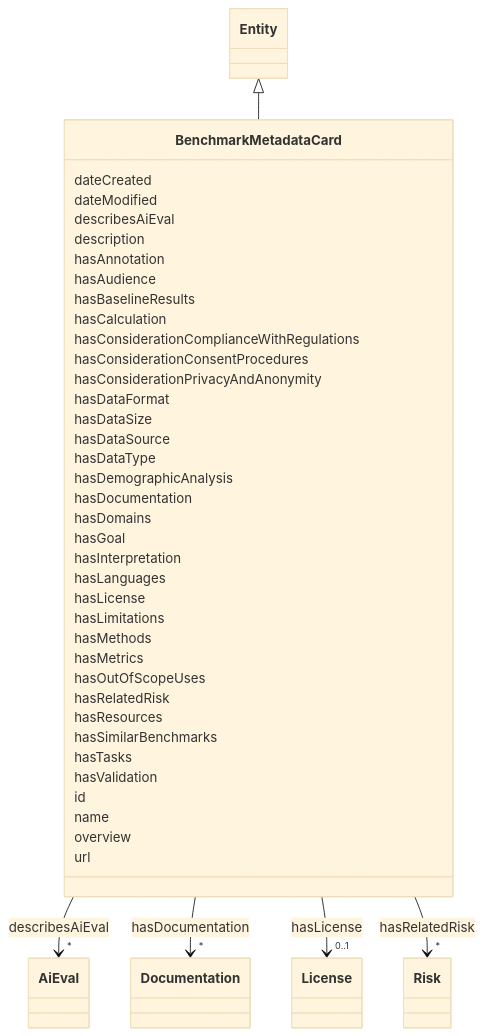
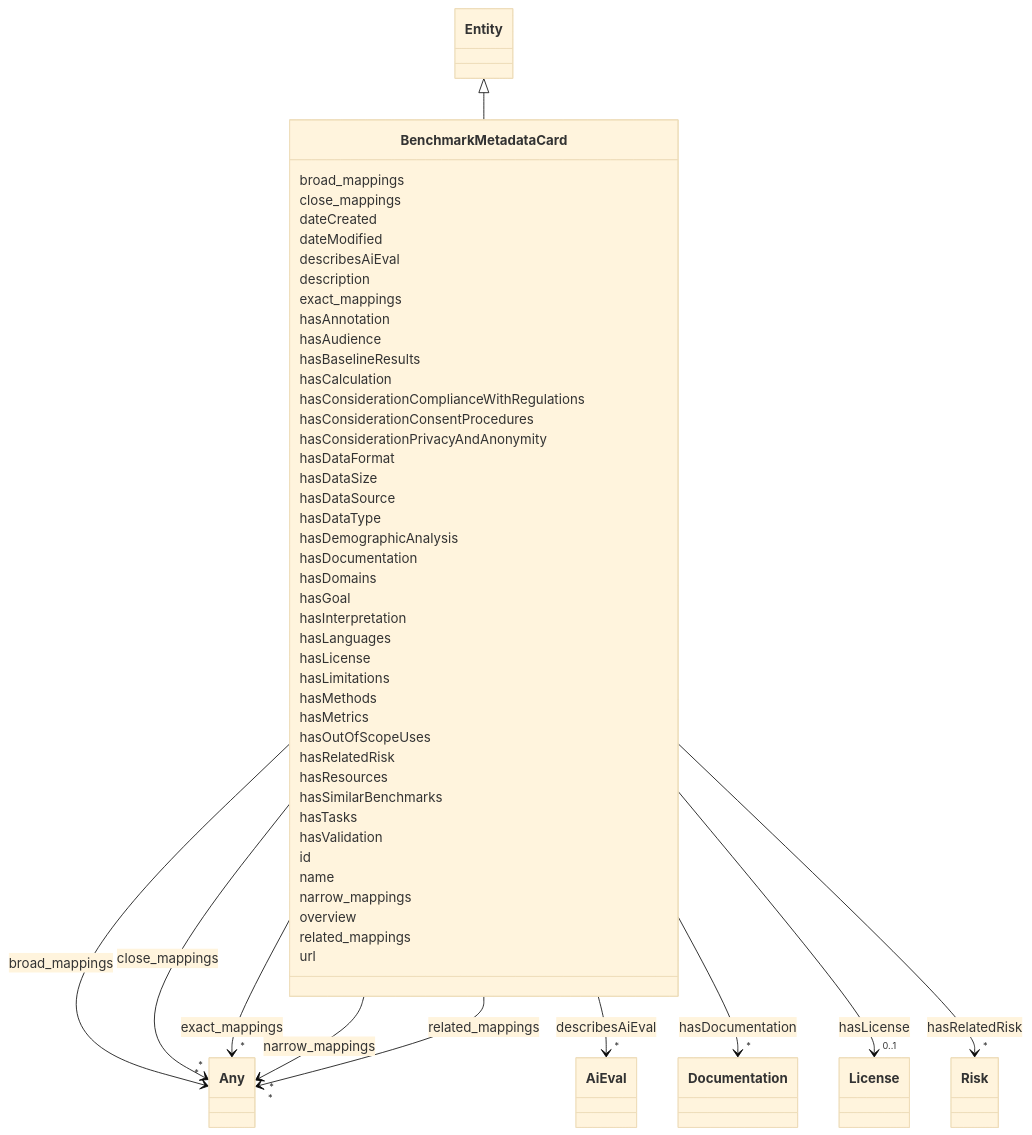
One commit to ingelise/risk-atlas-nexus changed the diagram in docs/ontology/BenchmarkMetadataCard.md. Above: the diagram before and after it, drawn with Mermaid (base theme). The commit also changed other lines of this file and 180 other files, not shown here.

```diff
--- a/docs/ontology/BenchmarkMetadataCard.md
+++ b/docs/ontology/BenchmarkMetadataCard.md
@@ -21,6 +21,28 @@
     click BenchmarkMetadataCard href "../BenchmarkMetadataCard/"
       Entity <|-- BenchmarkMetadataCard
         click Entity href "../Entity/"
+
+      BenchmarkMetadataCard : broad_mappings
+
+
+
+
+
+        BenchmarkMetadataCard --> "*" Any : broad_mappings
+        click Any href "../Any/"
+
+
+
+      BenchmarkMetadataCard : close_mappings
+
+
+
+
+
+        BenchmarkMetadataCard --> "*" Any : close_mappings
+        click Any href "../Any/"
+
+
 
       BenchmarkMetadataCard : dateCreated
 
@@ -38,6 +60,17 @@
 
 
       BenchmarkMetadataCard : description
+
+      BenchmarkMetadataCard : exact_mappings
+
+
+
+
+
+        BenchmarkMetadataCard --> "*" Any : exact_mappings
+        click Any href "../Any/"
+
+
 
       BenchmarkMetadataCard : hasAnnotation
 
@@ -124,7 +157,29 @@
 
       BenchmarkMetadataCard : name
 
+      BenchmarkMetadataCard : narrow_mappings
+
+
+
+
+
+        BenchmarkMetadataCard --> "*" Any : narrow_mappings
+        click Any href "../Any/"
+
+
+
       BenchmarkMetadataCard : overview
+
+      BenchmarkMetadataCard : related_mappings
+
+
+
+
+
+        BenchmarkMetadataCard --> "*" Any : related_mappings
+        click Any href "../Any/"
+
+
 
       BenchmarkMetadataCard : url
 
```
